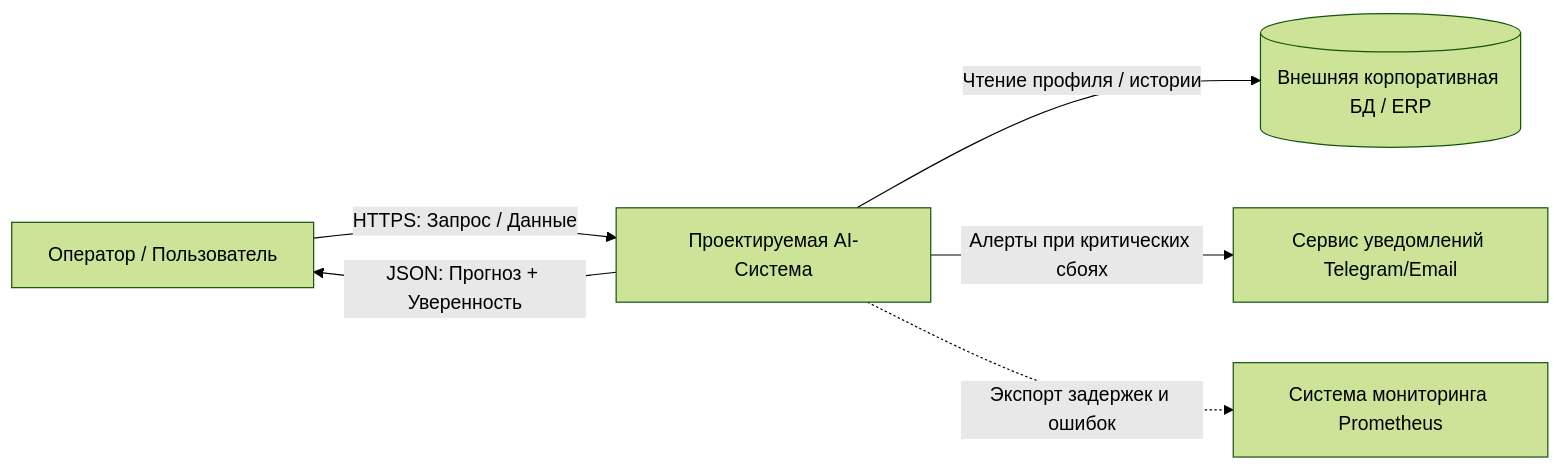
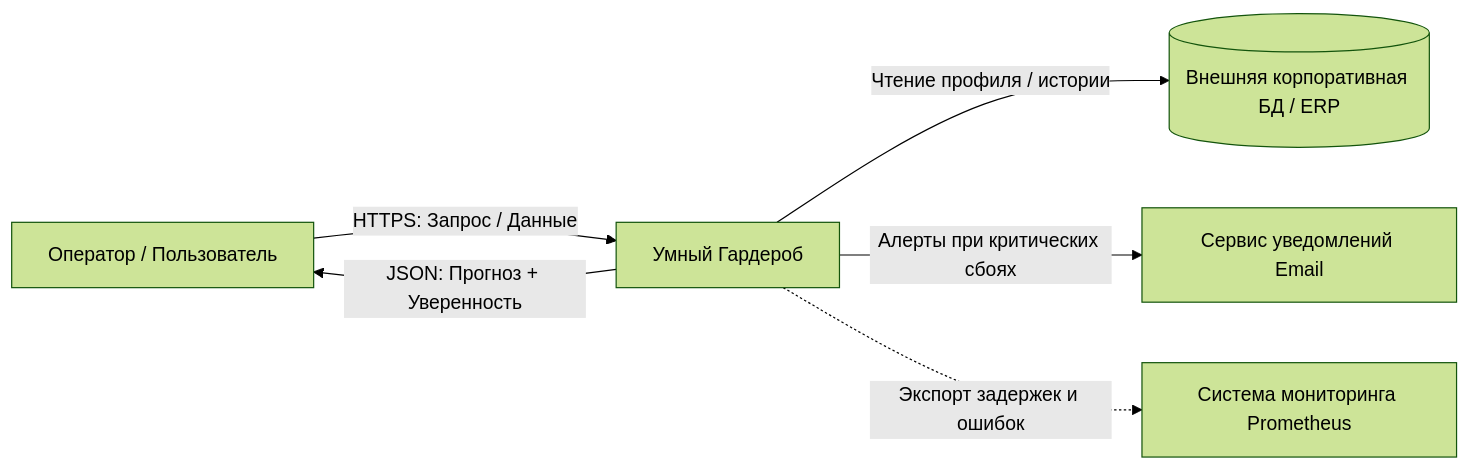
The first of 2 diagrams in README.md (BlueKujira/ai-system-smart-wardrobe), drawn with Mermaid (forest theme) before and after one commit. The commit also changed other lines of this file, not shown here.

````diff
--- a/README.md
+++ b/README.md
@@ -41,9 +40,9 @@
 ```mermaid
 flowchart LR
-    User[Оператор / Пользователь] -->|HTTPS: Запрос / Данные| System[Проектируемая AI-Система]
+    User[Оператор / Пользователь] -->|HTTPS: Запрос / Данные| System[Умный Гардероб]
     System -->|JSON: Прогноз + Уверенность| User
     
     System -->|Чтение профиля / истории| CorpDB[(Внешняя корпоративная БД / ERP)]
-    System -->|Алерты при критических сбоях| AlertSystem[Сервис уведомлений Telegram/Email]
+    System -->|Алерты при критических сбоях| AlertSystem[Сервис уведомлений Email]
     System -.->|Экспорт задержек и ошибок| Monitoring[Система мониторинга Prometheus]
 ```
````
